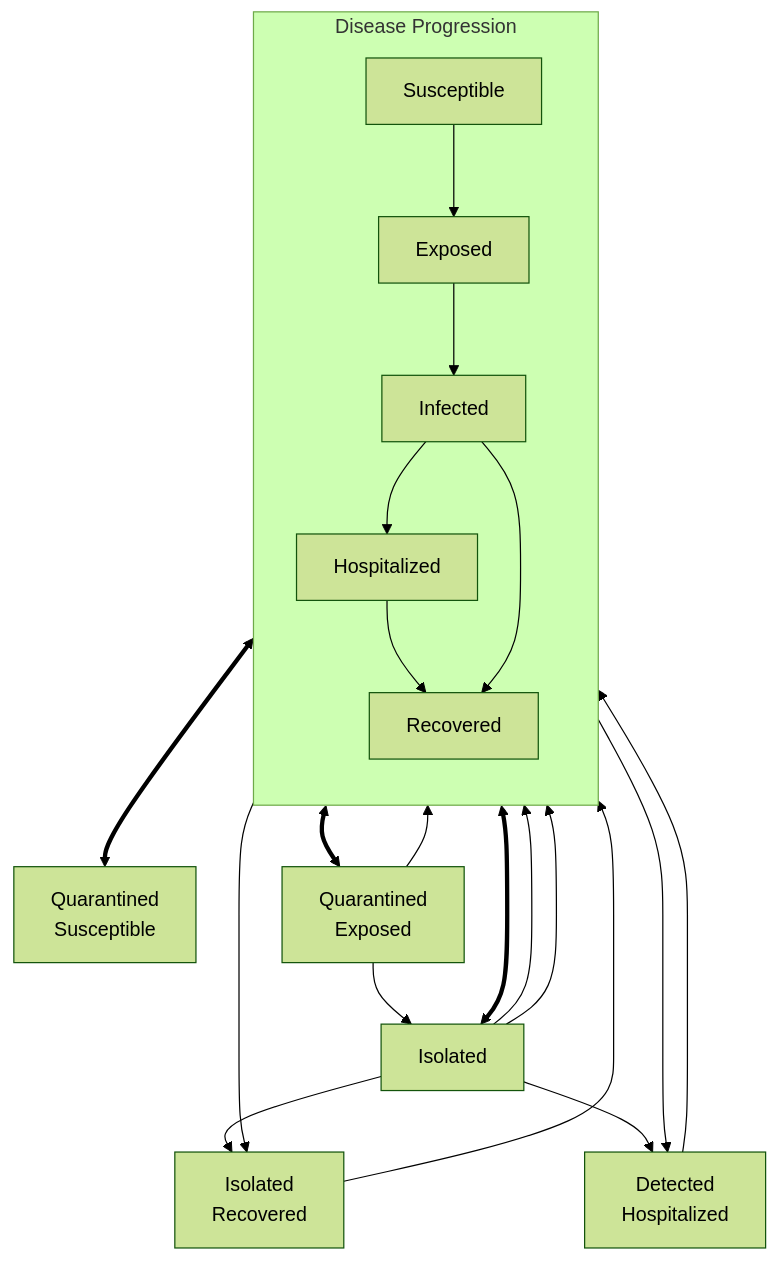
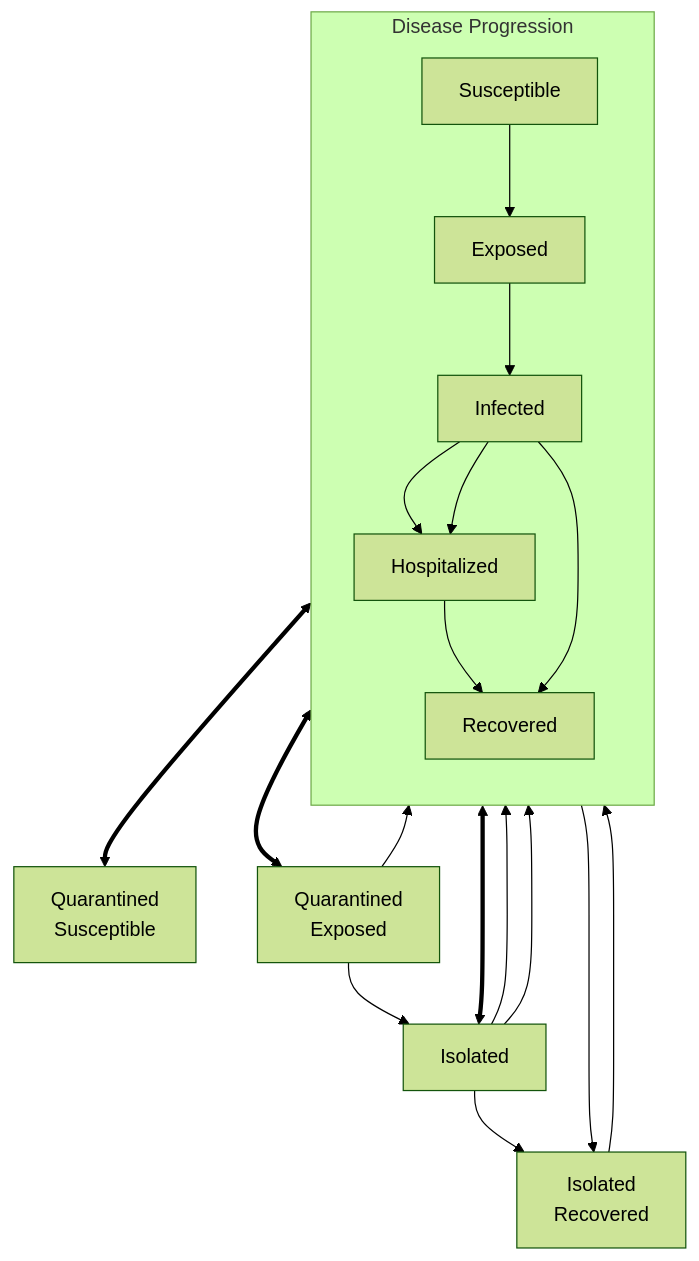
The diagram in include/epiworld/models/seirmixingquarantine.mmd (UofUEpiBio/epiworld), drawn with Mermaid (forest theme) before and after one commit. The commit also changed 28 other files, not shown here.

```diff
--- a/include/epiworld/models/seirmixingquarantine.mmd
+++ b/include/epiworld/models/seirmixingquarantine.mmd
@@ -1,49 +1,45 @@
 flowchart TB
 
     %% Disease progression states
     subgraph Main[Disease Progression]
         direction TB
         S[Susceptible]
         E[Exposed]
         In[Infected]
         H[Hospitalized]
         R[Recovered]
     end
 
     S --> E
     E --> In
     In --> H
     H --> R
     In --> R
 
     %% Quarantine states
-    Dh[Detected<br>Hospitalized]
     Qs[Quarantined<br>Susceptible]
     Qe[Quarantined<br>Exposed]
     I[Isolated]
     Ir[Isolated<br>Recovered]
 
     %% Infected to
     In <==> I
     In --> Ir
-    In --> Dh
+    In --> H
 
     %% Isolated to
     I --> R
     I --> Ir
     I --> H
-    I --> Dh
 
     %% Susceptible quarantined
     S <==> Qs
 
     %% Exposed
     E <==> Qe
 
     Qe --> I
     Qe --> In
 
-    Dh --> R
-
     %% Isolated recovered
     Ir --> R
```
